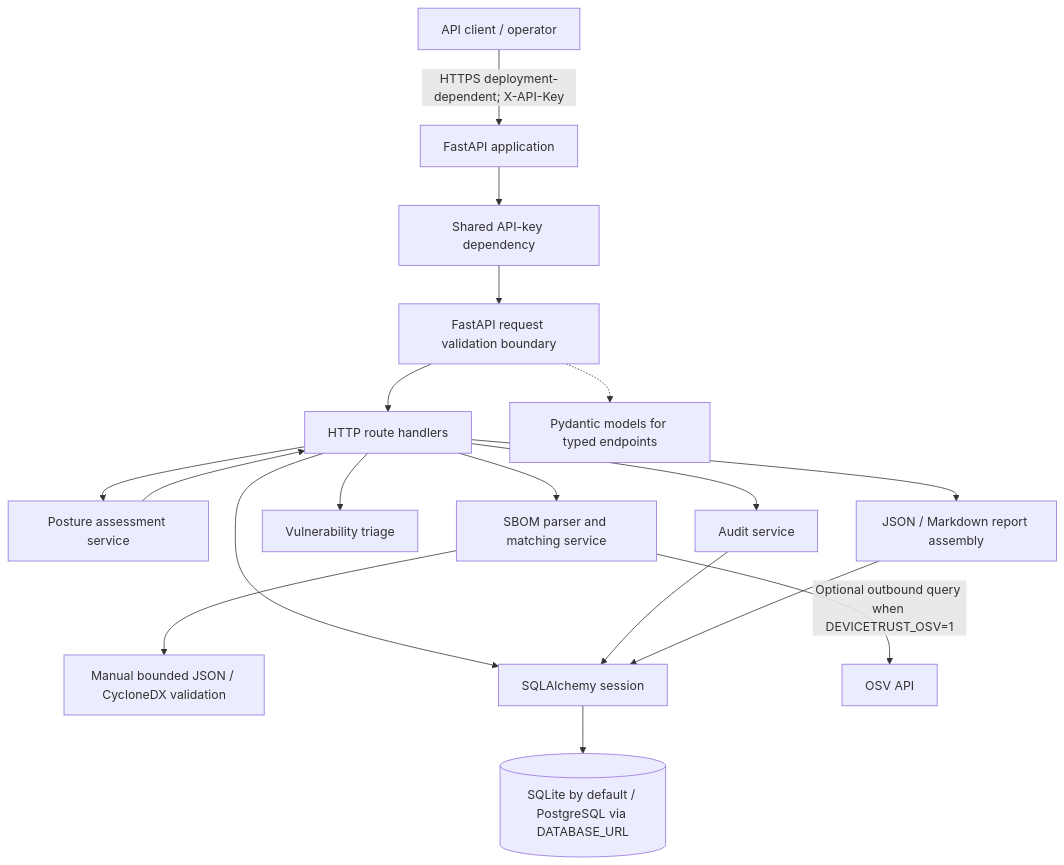
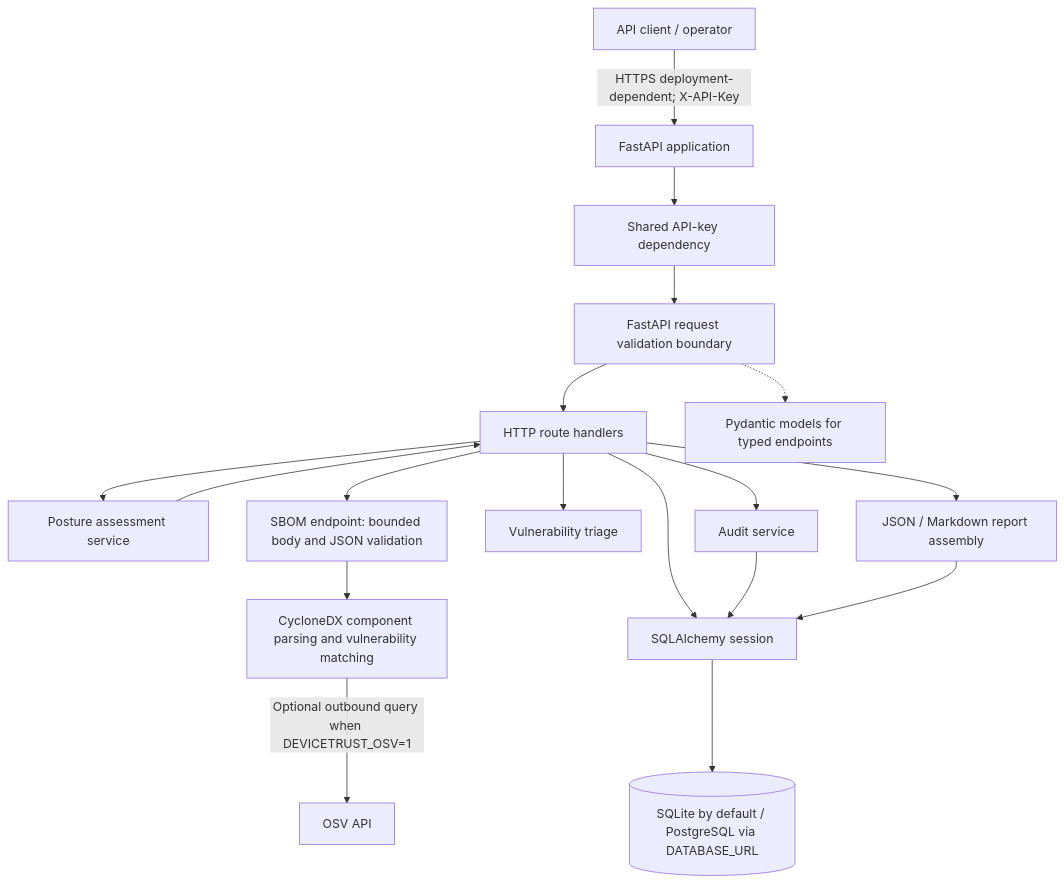
One commit to silvatechf/DeviceTrust changed the first of 6 diagrams in docs/architecture.md. Above: the diagram before and after it, drawn with Mermaid.

Commit message:
docs: correct SBOM validation flow in architecture diagram

````diff
--- a/docs/architecture.md
+++ b/docs/architecture.md
@@ -9,20 +9,20 @@
 ```mermaid
 flowchart TB
     C["API client / operator"] -->|"HTTPS deployment-dependent; X-API-Key"| API["FastAPI application"]
     API --> AUTH["Shared API-key dependency"]
     AUTH --> VALID["FastAPI request validation boundary"]
     VALID --> ROUTES["HTTP route handlers"]
     VALID -.-> SCHEMA["Pydantic models for typed endpoints"]
     ROUTES --> POSTURE["Posture assessment service"]
-    ROUTES --> SBOM["SBOM parser and matching service"]
-    SBOM --> SBOMVALID["Manual bounded JSON / CycloneDX validation"]
+    ROUTES --> SBOMVALID["SBOM endpoint: bounded body and JSON validation"]
+    SBOMVALID --> SBOM["CycloneDX component parsing and vulnerability matching"]
     ROUTES --> TRIAGE["Vulnerability triage"]
     ROUTES --> AUDIT["Audit service"]
     ROUTES --> REPORT["JSON / Markdown report assembly"]
     ROUTES --> ORM["SQLAlchemy session"]
     POSTURE --> ROUTES
     SBOM -->|"Optional outbound query when DEVICETRUST_OSV=1"| OSV["OSV API"]
     ORM --> DB[("SQLite by default / PostgreSQL via DATABASE_URL")]
     AUDIT --> ORM
     REPORT --> ORM
 ```
````
